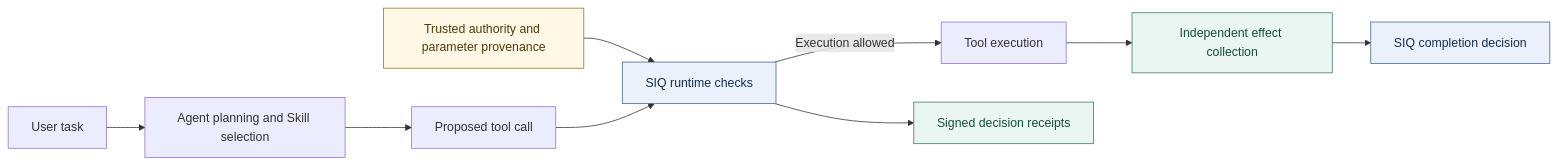
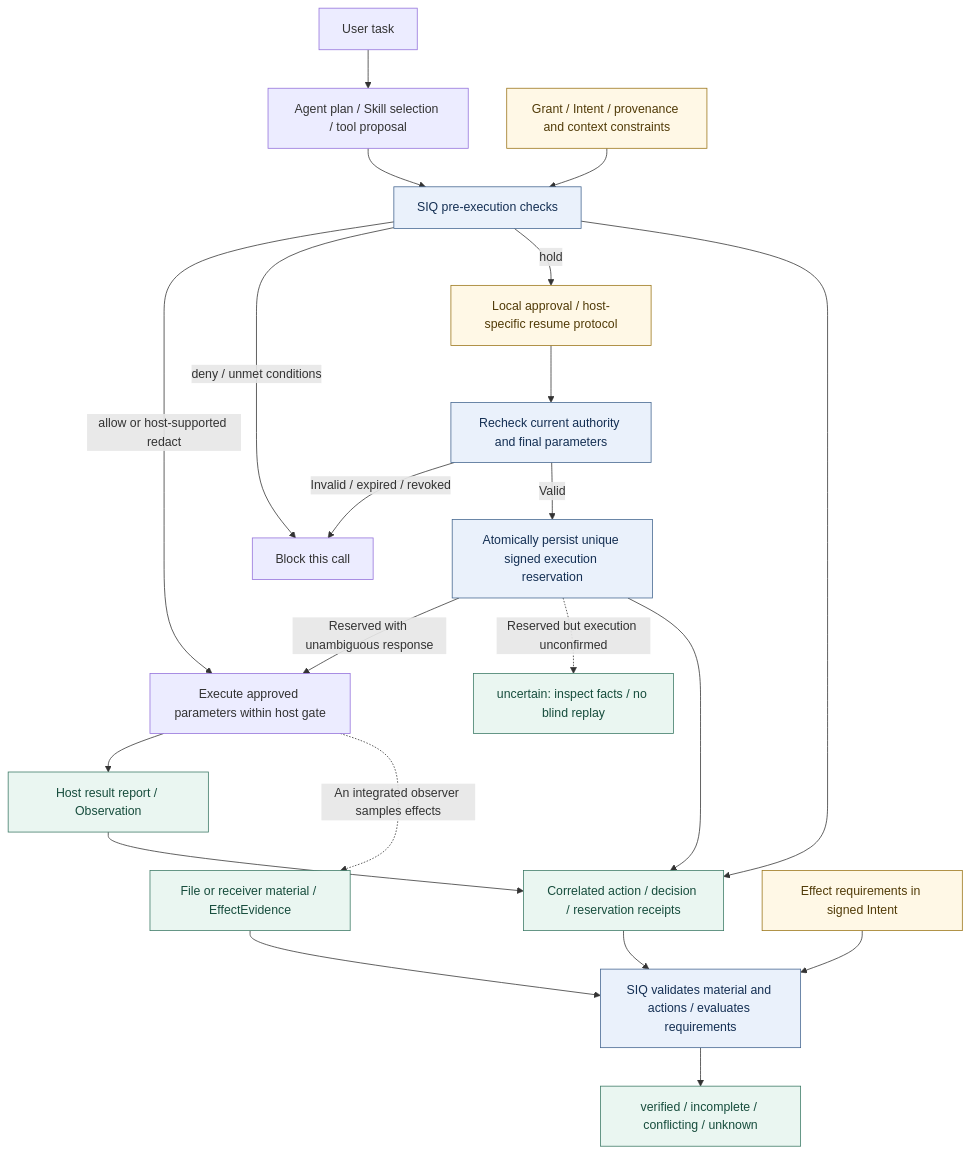
The second of 2 diagrams in README.en.md (maoyadongsh/siq-agent-security), drawn with Mermaid before and after one commit. The commit also changed other lines of this file and 1 other file, not shown here.

Commit message:
docs: update authorization and effect verification diagrams

````diff
--- a/README.en.md
+++ b/README.en.md
@@ -158,17 +166,29 @@
 ```mermaid
-flowchart LR
-    Task[User task] --> Agent[Agent planning and Skill selection]
-    Agent --> Proposal[Proposed tool call]
-    Authority[Trusted authority and parameter provenance] --> Runtime[SIQ runtime checks]
-    Proposal --> Runtime
-    Runtime -->|Execution allowed| Tool[Tool execution]
-    Runtime --> Receipts[Signed decision receipts]
-    Tool --> Observer[Independent effect collection]
-    Observer --> Completion[SIQ completion decision]
+flowchart TB
+    Task[User task] --> Proposal[Agent plan / Skill selection / tool proposal]
+    Authority[Grant / Intent / provenance and context constraints] --> Gate[SIQ pre-execution checks]
+    Proposal --> Gate
+    Gate -->|allow or host-supported redact| Tool[Execute approved parameters within host gate]
+    Gate -->|deny / unmet conditions| Stop[Block this call]
+    Gate -->|hold| Approval[Local approval / host-specific resume protocol]
+    Approval --> Recheck[Recheck current authority and final parameters]
+    Recheck -->|Invalid / expired / revoked| Stop
+    Recheck -->|Valid| Reserve[Atomically persist unique signed execution reservation]
+    Reserve -->|Reserved with unambiguous response| Tool
+    Reserve -.->|Reserved but execution unconfirmed| Uncertain[uncertain: inspect facts / no blind replay]
+    Tool --> Observation[Host result report / Observation]
+    Observation --> Receipts[Correlated action / decision / reservation receipts]
+    Gate --> Receipts
+    Reserve --> Receipts
+    Tool -.->|An integrated observer samples effects| Effect[File or receiver material / EffectEvidence]
+    Requirements[Effect requirements in signed Intent] --> Completion[SIQ validates material and actions / evaluates requirements]
+    Receipts --> Completion
+    Effect --> Completion
+    Completion --> Result[verified / incomplete / conflicting / unknown]
     classDef authority fill:#fff8e6,stroke:#9a7417,color:#513b08
     classDef runtime fill:#eaf1fb,stroke:#43658f,color:#142f53
     classDef evidence fill:#eaf6f1,stroke:#3b7965,color:#174d3d
-    class Authority authority
-    class Runtime,Completion runtime
-    class Receipts,Observer evidence
+    class Authority,Approval,Requirements authority
+    class Gate,Recheck,Reserve,Completion runtime
+    class Observation,Receipts,Effect,Result,Uncertain evidence
 ```
````
